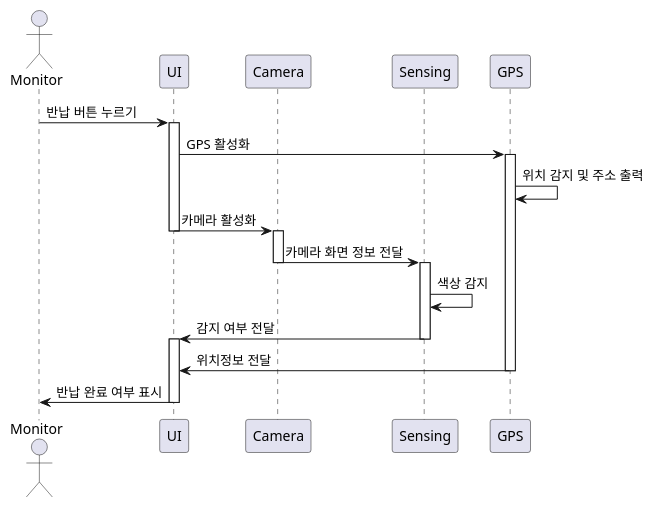
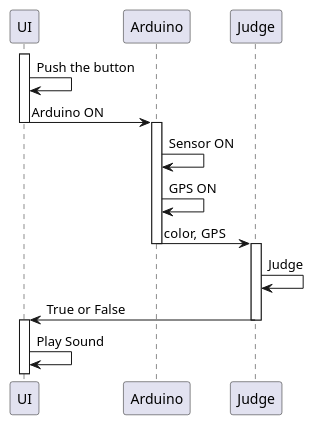
The diagram in Sequence.puml (keep1617/KickBoard), drawn with PlantUML before and after one commit.

```diff
--- a/Sequence.puml
+++ b/Sequence.puml
@@ -1,45 +1,40 @@
 @startuml
 
 
-actor "Monitor"
 participant "UI"
-participant "Camera"
-participant "Sensing"
-participant "GPS"
+participant "Arduino"
+participant "Judge"
 
-"Monitor" -> "UI" : 반납 버튼 누르기
 
 activate "UI"
 
-
-"UI" -> "GPS" : GPS 활성화
-activate "GPS"
-"GPS" -> "GPS" : 위치 감지 및 주소 출력
+"UI" -> "UI" : Push the button
 
 
 
-"UI" -> "Camera" : 카메라 활성화
+"UI" -> "Arduino" : Arduino ON
 deactivate "UI"
-activate "Camera"
+
+activate "Arduino"
+"Arduino" -> "Arduino" : Sensor ON
 
 
-"Camera" -> "Sensing" : 카메라 화면 정보 전달
-deactivate "Camera"
-activate "Sensing"
-"Sensing" -> "Sensing" : 색상 감지
 
-"Sensing" -> "UI" : 감지 여부 전달
-deactivate "Sensing"
+"Arduino" -> "Arduino" : GPS ON
+
+
+"Arduino" -> "Judge" : color, GPS
+deactivate "Arduino"
+activate "Judge"
+
+"Judge" -> "Judge" : Judge
+"Judge" -> "UI" : True or False
+
+deactivate "Judge"
 activate "UI"
 
-
-"GPS" -> "UI" : 위치정보 전달
-deactivate "GPS"
-
-
-"UI" -> "Monitor" : 반납 완료 여부 표시
-deactivate "UI"
+"UI" -> "UI" : Play Sound
 
 
 
 @enduml
```
